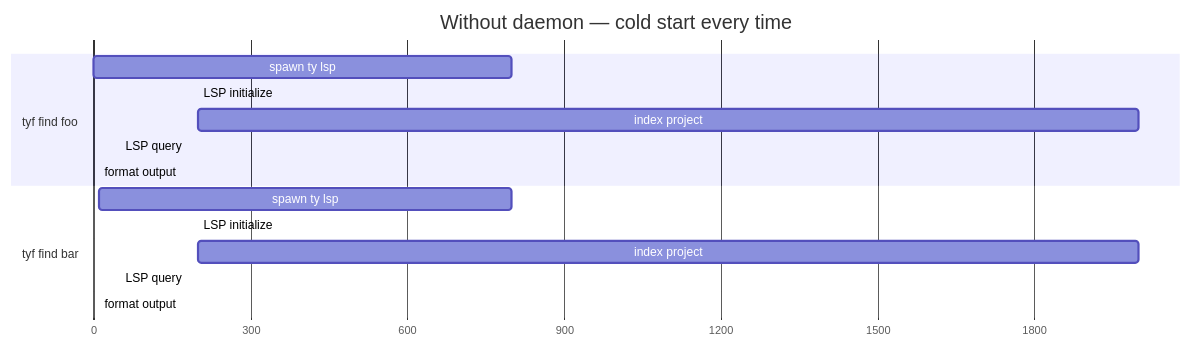
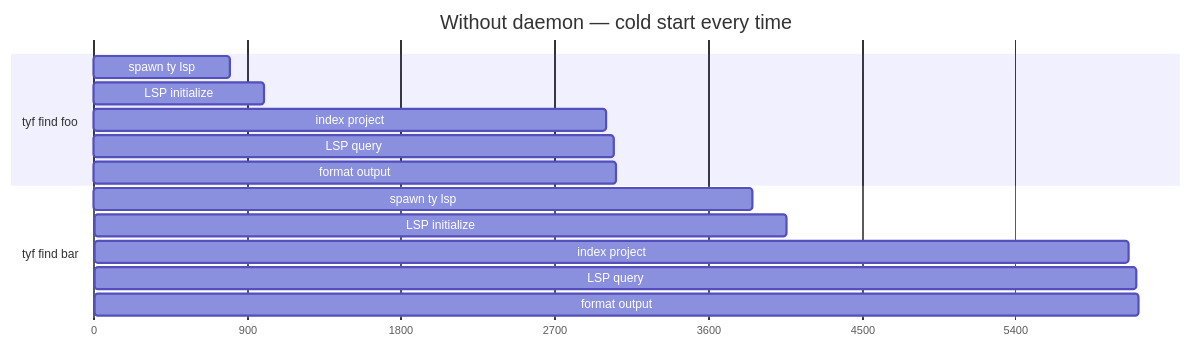
Before and after one commit to mojzis/ty-find: the third of 12 diagrams in docs/src/how-it-works.md, drawn with Mermaid. The commit also changed other lines of this file and 7 other files, not shown here.

First line of the commit message:
Add mermaid linting and fix broken diagrams

````diff
--- a/docs/src/how-it-works.md
+++ b/docs/src/how-it-works.md
@@ -81,20 +81,20 @@
 ```mermaid
 gantt
     title Without daemon — cold start every time
     dateFormat X
     axisFormat %s
 
     section tyf find foo
     spawn ty lsp     :a1, 0, 800
-    LSP initialize   :a2, after a1, 200
-    index project    :a3, after a2, 2000
-    LSP query        :a4, after a3, 50
-    format output    :a5, after a4, 10
+    LSP initialize   :a2, 800, 1000
+    index project    :a3, 1000, 3000
+    LSP query        :a4, 3000, 3050
+    format output    :a5, 3050, 3060
 
     section tyf find bar
-    spawn ty lsp     :b1, after a5, 800
-    LSP initialize   :b2, after b1, 200
-    index project    :b3, after b2, 2000
-    LSP query        :b4, after b3, 50
-    format output    :b5, after b4, 10
+    spawn ty lsp     :b1, 3060, 3860
+    LSP initialize   :b2, 3860, 4060
+    index project    :b3, 4060, 6060
+    LSP query        :b4, 6060, 6110
+    format output    :b5, 6110, 6120
 ```
````
